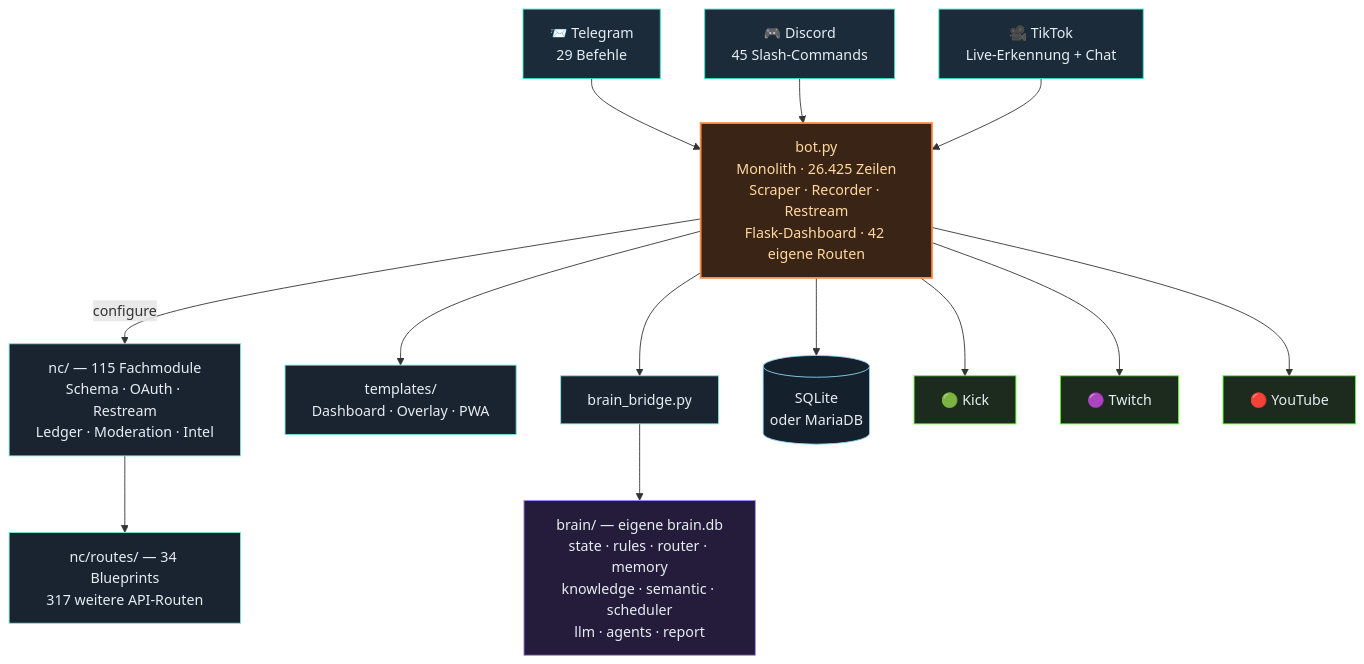
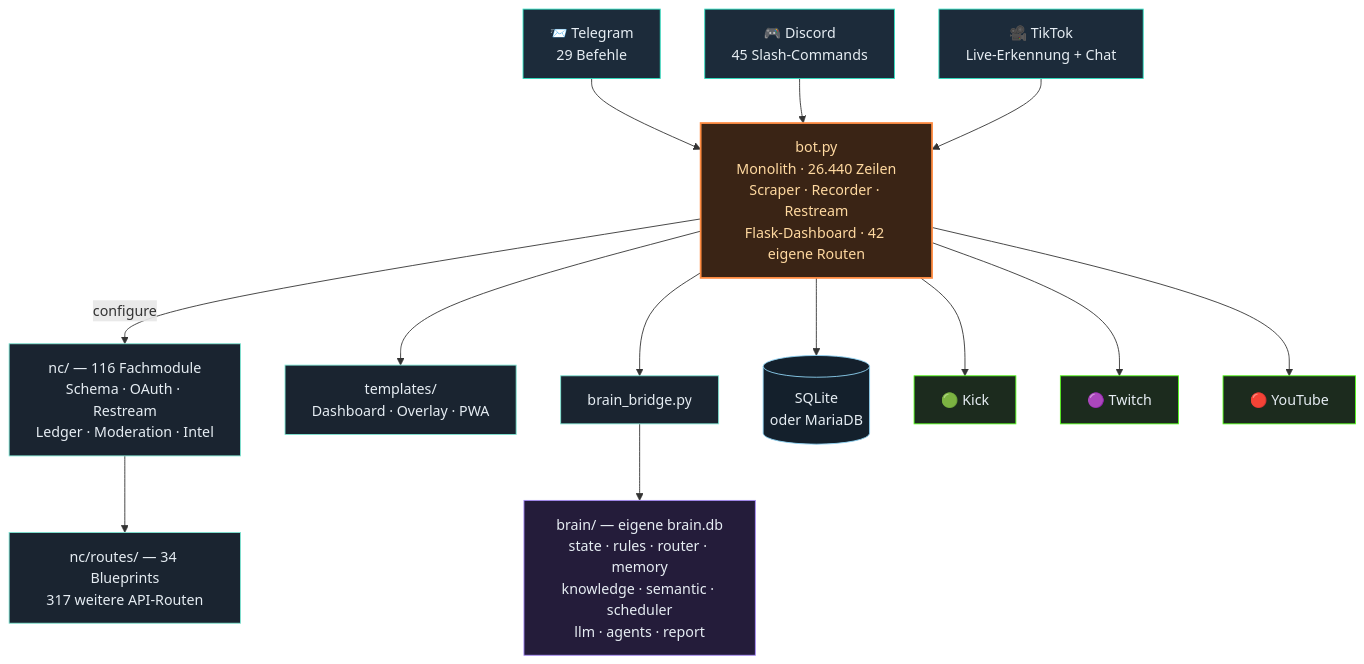
Before and after one commit to itsamemedev/Telegram-Stream-Info-Bot: the third of 4 diagrams in README.md, drawn with Mermaid. The commit also changed other lines of this file and 8 other files, not shown here.

````diff
--- a/README.md
+++ b/README.md
@@ -189,30 +189,30 @@
 ```mermaid
 flowchart TB
     TG["📨 Telegram<br/>29 Befehle"]:::ein
     DC["🎮 Discord<br/>45 Slash-Commands"]:::ein
     TT["🎥 TikTok<br/>Live-Erkennung + Chat"]:::ein
 
     TG --> BOT
     DC --> BOT
     TT --> BOT
 
-    BOT["bot.py<br/>Monolith · 26.425 Zeilen<br/>Scraper · Recorder · Restream<br/>Flask-Dashboard · 42 eigene Routen"]:::core
+    BOT["bot.py<br/>Monolith · 26.440 Zeilen<br/>Scraper · Recorder · Restream<br/>Flask-Dashboard · 42 eigene Routen"]:::core
 
-    BOT -->|configure| NC["nc/ — 115 Fachmodule<br/>Schema · OAuth · Restream<br/>Ledger · Moderation · Intel"]:::lib
+    BOT -->|configure| NC["nc/ — 116 Fachmodule<br/>Schema · OAuth · Restream<br/>Ledger · Moderation · Intel"]:::lib
     NC --> RT["nc/routes/ — 34 Blueprints<br/>317 weitere API-Routen"]:::lib
     BOT --> TPL["templates/<br/>Dashboard · Overlay · PWA"]:::lib
     BOT --> BR["brain_bridge.py"]:::lib
     BR --> BRAIN["brain/ — eigene brain.db<br/>state · rules · router · memory<br/>knowledge · semantic · scheduler<br/>llm · agents · report"]:::brain
     BOT --> DB[("SQLite<br/>oder MariaDB")]:::db
 
     BOT --> KICK["🟢 Kick"]:::out
     BOT --> TW["🟣 Twitch"]:::out
     BOT --> YT["🔴 YouTube"]:::out
 
     classDef ein fill:#1c2b3a,stroke:#2de1c2,color:#e6edf3
     classDef core fill:#3a2415,stroke:#ff8c42,stroke-width:2px,color:#ffd9a0
     classDef lib fill:#1a2430,stroke:#7fe7d4,color:#e6edf3
     classDef brain fill:#241c3a,stroke:#a78bfa,color:#e6edf3
     classDef db fill:#14202c,stroke:#8fd3f4,color:#e6edf3
     classDef out fill:#1c2b1e,stroke:#53fc18,color:#e6edf3
 ```
````
